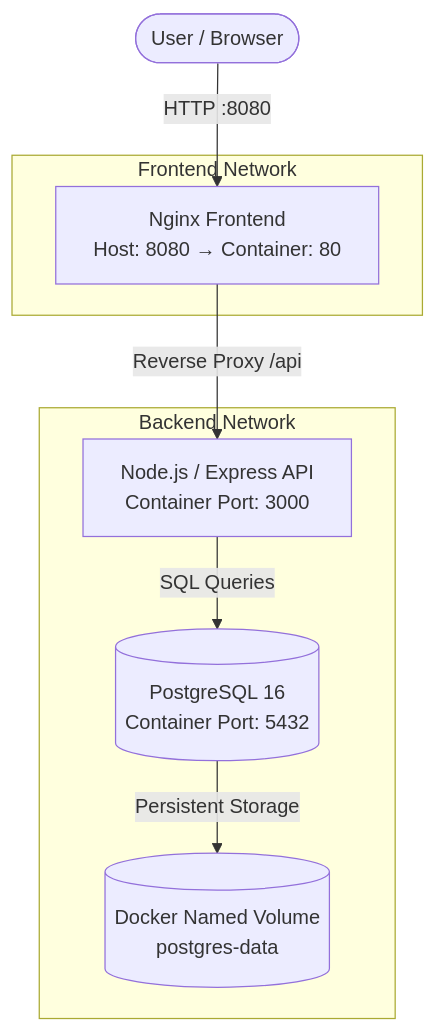
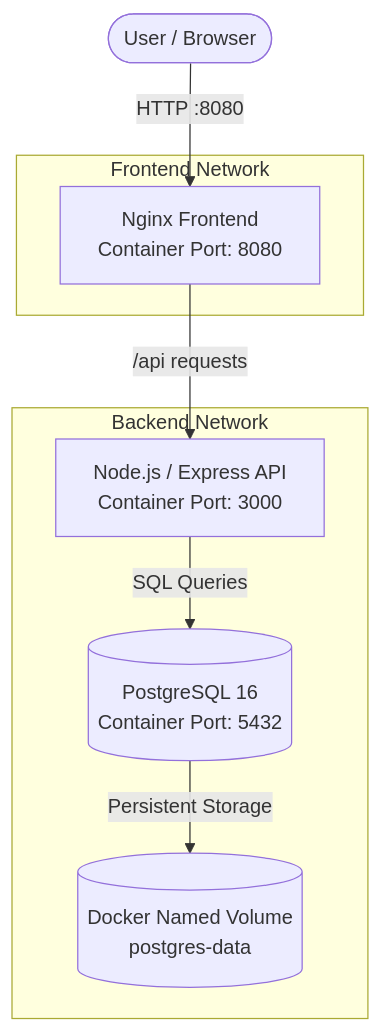
One commit to kartikkalyanshetti/Dockerized-Notes-application changed the diagram in README.md. Above: the diagram before and after it, drawn with Mermaid. The commit also changed other lines of this file, not shown here.

````diff
--- a/README.md
+++ b/README.md
@@ -24,19 +60,19 @@
 ```mermaid
 flowchart TD
     User([User / Browser])
 
-    subgraph Frontend["Frontend Network"]
-        Nginx["Nginx Frontend<br/>Host: 8080 → Container: 80"]
+    subgraph FrontendNetwork["Frontend Network"]
+        Nginx["Nginx Frontend<br/>Container Port: 8080"]
     end
 
-    subgraph Backend["Backend Network"]
+    subgraph BackendNetwork["Backend Network"]
         API["Node.js / Express API<br/>Container Port: 3000"]
         DB[("PostgreSQL 16<br/>Container Port: 5432")]
         Volume[("Docker Named Volume<br/>postgres-data")]
     end
 
-    User -->|HTTP :8080| Nginx
-    Nginx -->|Reverse Proxy /api| API
-    API -->|SQL Queries| DB
-    DB -->|Persistent Storage| Volume
+    User -->|"HTTP :8080"| Nginx
+    Nginx -->|"/api requests"| API
+    API -->|"SQL Queries"| DB
+    DB -->|"Persistent Storage"| Volume
 ```
````
